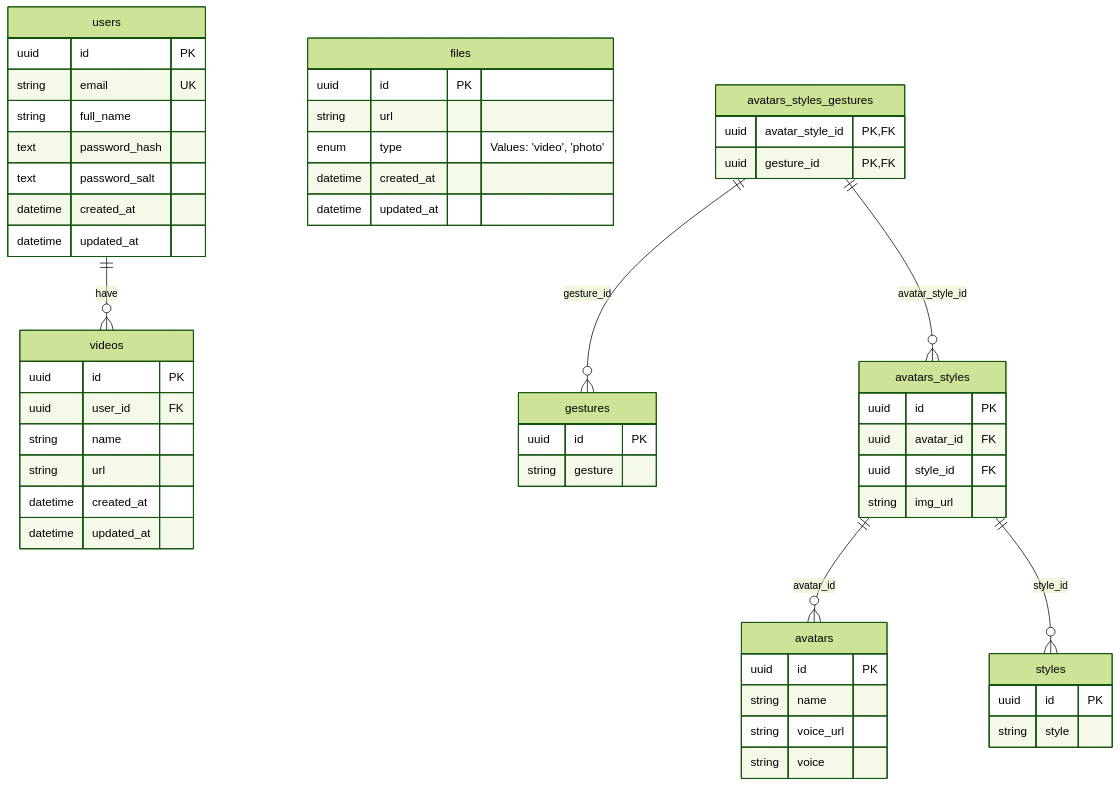
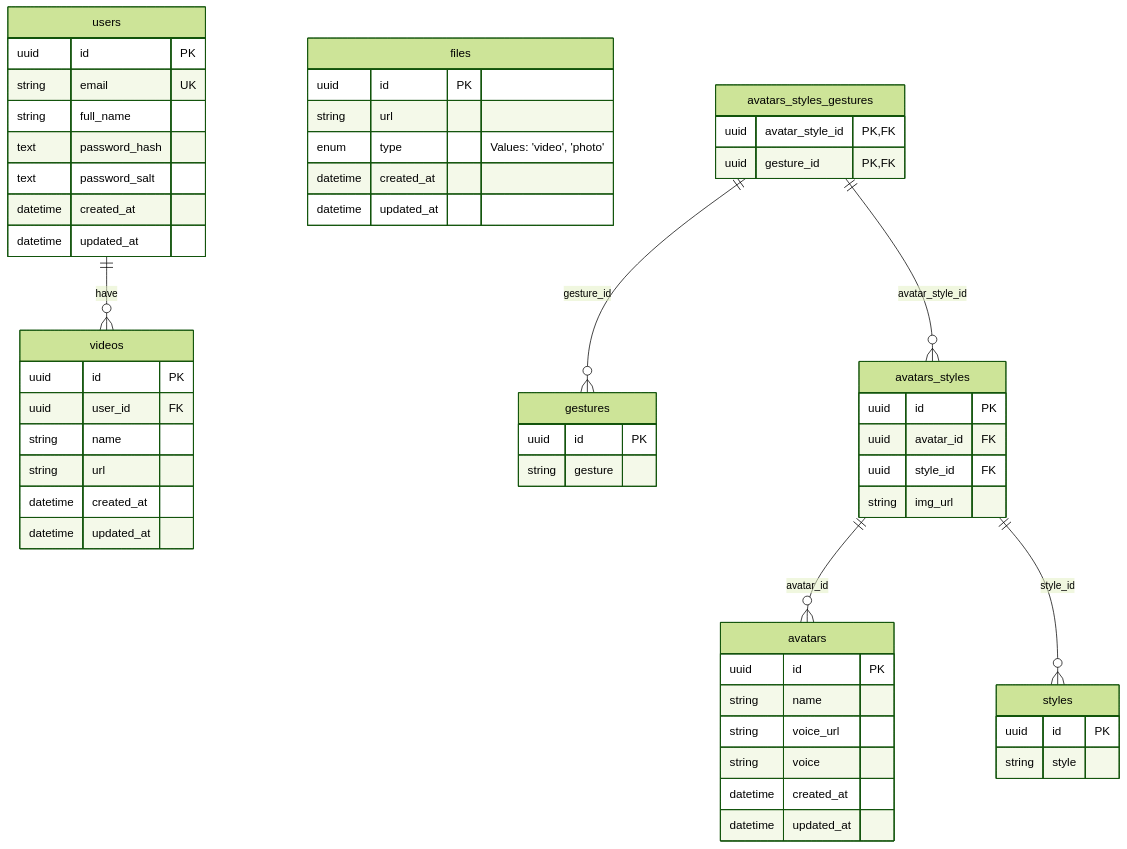
One commit to BinaryStudioAcademy/bsa-2024-outreachvids changed the diagram in README.md. Above: the diagram before and after it, drawn with Mermaid (forest theme).

Commit message:
OV-105: + avatar timestamps

````diff
--- a/README.md
+++ b/README.md
@@ -28,56 +28,58 @@
 ```mermaid
 erDiagram
     users {
         uuid id PK
         string email UK
         string full_name
         text password_hash
         text password_salt
         datetime created_at
         datetime updated_at
     }
     videos {
         uuid id PK
         uuid user_id FK
         string name
         string url
         datetime created_at
         datetime updated_at
     }
     files {
         uuid id PK
         string url
         enum type "Values: 'video', 'photo'"
         datetime created_at
         datetime updated_at
     }
     avatars {
         uuid id PK
         string name
         string voice_url
         string voice
+        datetime created_at
+        datetime updated_at
     }
     styles {
         uuid id PK
         string style
     }
     gestures {
         uuid id PK
         string gesture
     }
     avatars_styles {
         uuid id PK
         uuid avatar_id FK
         uuid style_id FK
         string img_url
     }
     avatars_styles_gestures {
         uuid avatar_style_id PK,FK
         uuid gesture_id PK,FK
     }
     users ||--o{ videos : have
     avatars_styles ||--o{ avatars : "avatar_id"
     avatars_styles ||--o{ styles : "style_id"
     avatars_styles_gestures ||--o{ avatars_styles : "avatar_style_id"
     avatars_styles_gestures ||--o{ gestures : "gesture_id"
 ```
````
